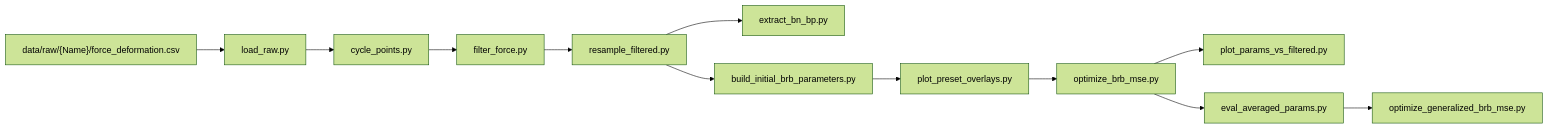
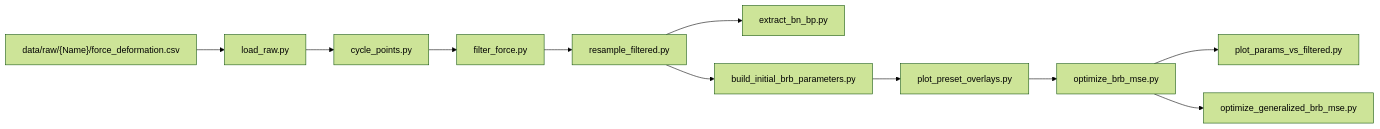
Before and after one commit to gaaraujo/BRB-Calibration: the diagram in scripts/README.md, drawn with Mermaid (forest theme). The commit also changed other lines of this file and 118 other files, not shown here.

````diff
--- a/scripts/README.md
+++ b/scripts/README.md
@@ -15,15 +15,14 @@
 ```mermaid
 flowchart LR
   FU["data/raw/{Name}/force_deformation.csv"]
   FU --> LR[load_raw.py]
   LR --> CP[cycle_points.py]
   CP --> FF[filter_force.py]
   FF --> RF[resample_filtered.py]
   RF --> EX[extract_bn_bp.py]
   RF --> BI[build_initial_brb_parameters.py]
   BI --> PR[plot_preset_overlays.py]
   PR --> OP[optimize_brb_mse.py]
   OP --> PP[plot_params_vs_filtered.py]
-  OP --> PO[eval_averaged_params.py]
-  PO --> JO[optimize_generalized_brb_mse.py]
+  OP --> JO[optimize_generalized_brb_mse.py]
 ```
````
